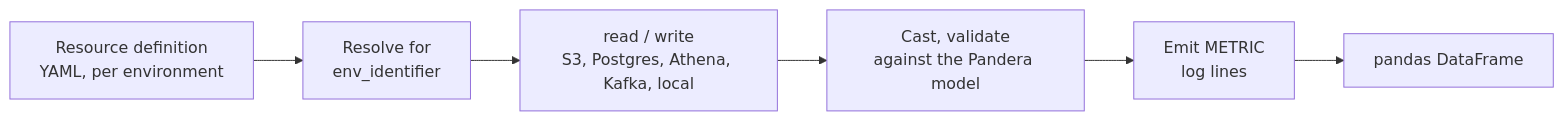
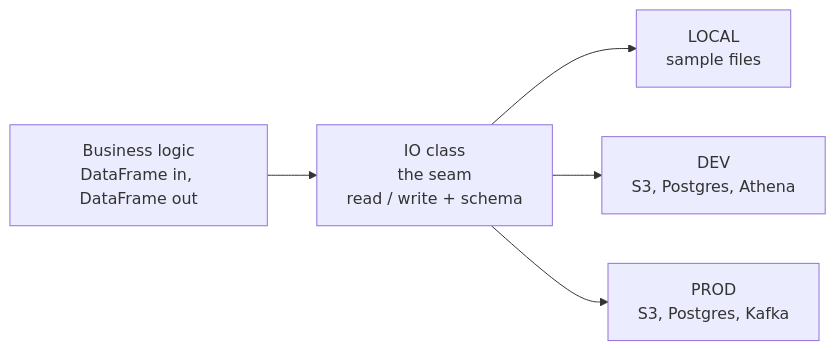
One commit to VorTECHsa/dynamicio changed the diagram in docs/index.md. Above: the diagram before and after it, drawn with Mermaid. The commit also changed other lines of this file and 6 other files, not shown here.

````diff
--- a/docs/index.md
+++ b/docs/index.md
@@ -28,8 +21,7 @@
 ```mermaid
 flowchart LR
-    Y[Resource definition<br/>YAML, per environment] --> R[Resolve for<br/>env_identifier]
-    R --> D[read / write<br/>S3, Postgres, Athena, Kafka, local]
-    D --> V[Cast, validate<br/>against the Pandera model]
-    V --> M[Emit METRIC<br/>log lines]
-    M --> F[pandas DataFrame]
+    B[Business logic<br/>DataFrame in, DataFrame out] --> I[IO class<br/>the seam<br/>read / write + schema]
+    I --> L[LOCAL<br/>sample files]
+    I --> D[DEV<br/>S3, Postgres, Athena]
+    I --> P[PROD<br/>S3, Postgres, Kafka]
 ```
````
